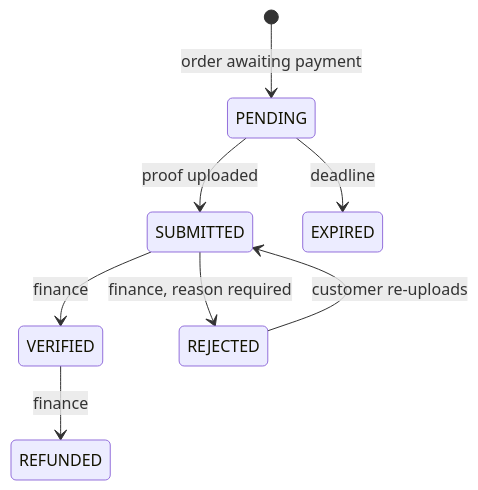
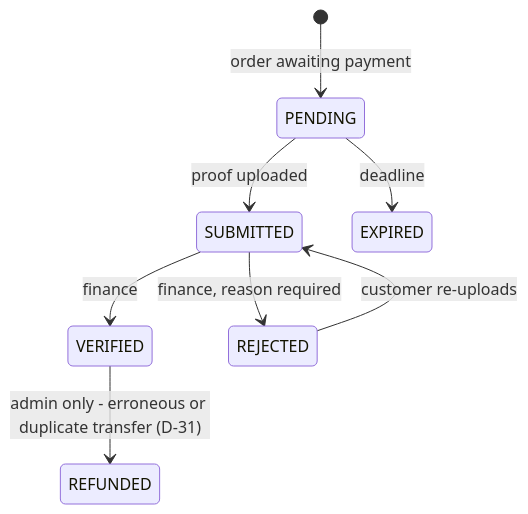
Before and after one commit to stevenwilliam/healthy_catering: the eighth of 8 diagrams in docs/01-domain-model.md, drawn with Mermaid. The commit also changed other lines of this file and 3 other files, not shown here.

````diff
--- a/docs/01-domain-model.md
+++ b/docs/01-domain-model.md
@@ -600,10 +716,10 @@
 ```mermaid
 stateDiagram-v2
     [*] --> PENDING : order awaiting payment
     PENDING --> SUBMITTED : proof uploaded
     SUBMITTED --> VERIFIED : finance
     SUBMITTED --> REJECTED : finance, reason required
     REJECTED --> SUBMITTED : customer re-uploads
     PENDING --> EXPIRED : deadline
-    VERIFIED --> REFUNDED : finance
+    VERIFIED --> REFUNDED : admin only - erroneous or duplicate transfer (D-31)
 ```
````
